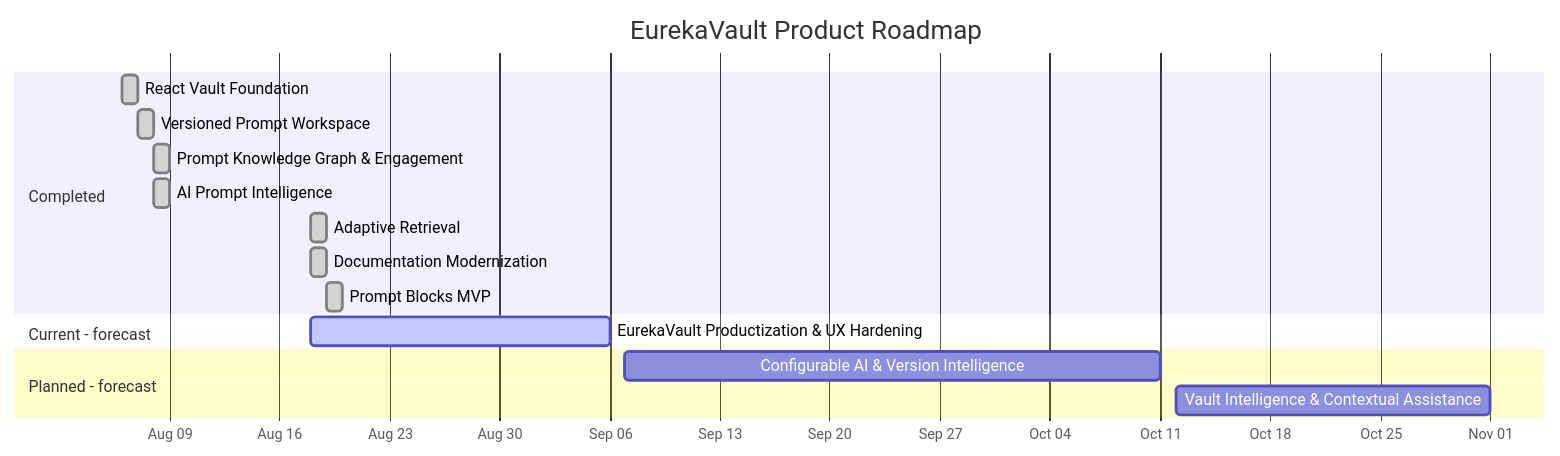
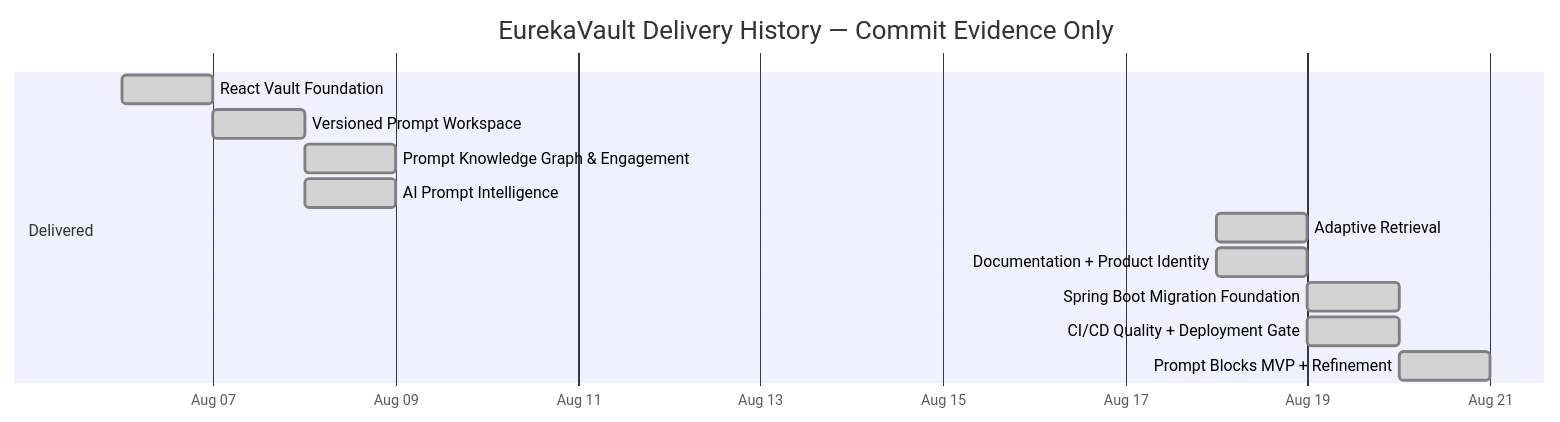
The diagram in docs/roadmap/generated-gantt.md (kirolossedra/Prompt-management), drawn with Mermaid before and after one commit. The commit also changed other lines of this file and 23 other files, not shown here.

````diff
--- a/docs/roadmap/generated-gantt.md
+++ b/docs/roadmap/generated-gantt.md
@@ -7,22 +7,17 @@
 ```mermaid
 gantt
-    title EurekaVault Product Roadmap
+    title EurekaVault Delivery History — Commit Evidence Only
     dateFormat YYYY-MM-DD
     axisFormat %b %d
 
-    section Completed
+    section Delivered
     React Vault Foundation                      :done, react-vault-foundation, 2026-08-06, 1d
     Versioned Prompt Workspace                  :done, versioned-prompt-workspace, 2026-08-07, 2026-08-08
     Prompt Knowledge Graph & Engagement         :done, prompt-knowledge-graph-engagement, 2026-08-08, 1d
     AI Prompt Intelligence                      :done, ai-prompt-intelligence, 2026-08-08, 1d
     Adaptive Retrieval                          :done, adaptive-retrieval, 2026-08-18, 1d
-    Documentation Modernization                 :done, documentation-modernization, 2026-08-18, 1d
-    Prompt Blocks MVP                           :done, prompt-blocks-mvp, 2026-08-19, 1d
-
-    section Current - forecast
-    EurekaVault Productization & UX Hardening   :active, productization-ux-hardening, 2026-08-18, 2026-09-06
-
-    section Planned - forecast
-    Configurable AI & Version Intelligence      :configurable-ai-version-intelligence, 2026-09-07, 2026-10-11
-    Vault Intelligence & Contextual Assistance  :vault-intelligence-contextual-assistance, 2026-10-12, 2026-11-01
+    Documentation + Product Identity            :done, docs-product-identity, 2026-08-18, 1d
+    Spring Boot Migration Foundation            :done, spring-boot-foundation, 2026-08-19, 1d
+    CI/CD Quality + Deployment Gate             :done, cicd-gate, 2026-08-19, 1d
+    Prompt Blocks MVP + Refinement              :done, prompt-blocks, 2026-08-20, 1d
 ```
````
